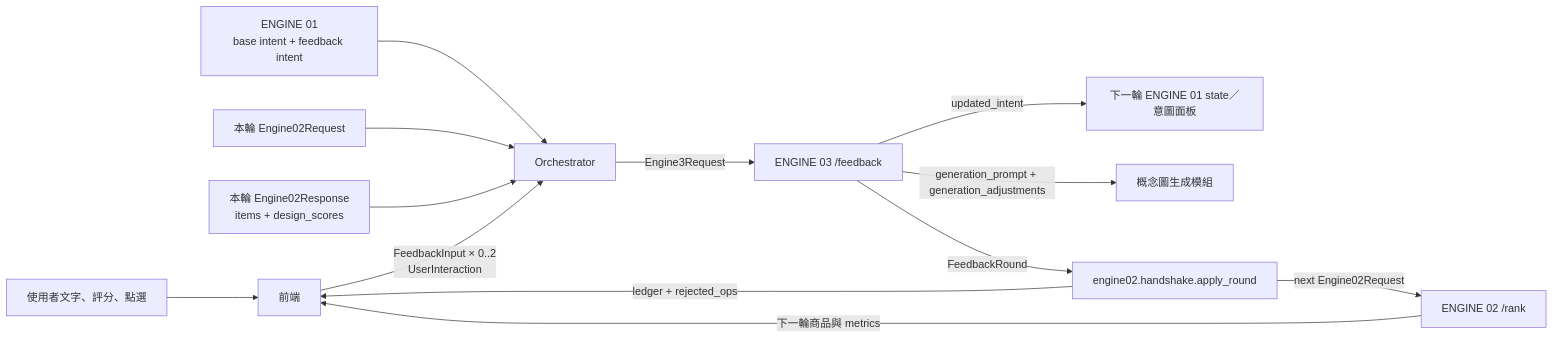
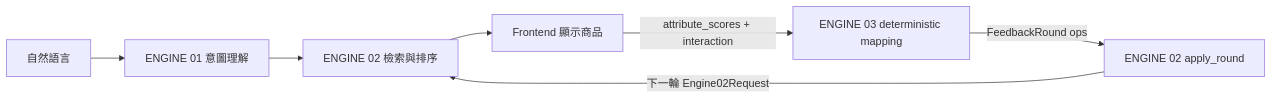
Before and after one commit to chrislaiisme/mchackathon2026: the diagram in backend/engine03_feedback/README.md, drawn with Mermaid. The commit also changed other lines of this file and 6 other files, not shown here.

Commit message:
feat: make engine3 feedback deterministic

````diff
--- a/backend/engine03_feedback/README.md
+++ b/backend/engine03_feedback/README.md
@@ -7,15 +7,8 @@
 ```mermaid
 flowchart LR
-    U[使用者文字、評分、點選] --> FE[前端]
-    E1[ENGINE 01<br/>base intent + feedback intent] --> ORCH[Orchestrator]
-    E2R[本輪 Engine02Request] --> ORCH
-    E2O[本輪 Engine02Response<br/>items + design_scores] --> ORCH
-    FE -->|FeedbackInput × 0..2<br/>UserInteraction| ORCH
-    ORCH -->|Engine3Request| E3[ENGINE 03 /feedback]
-    E3 -->|updated_intent| E1S[下一輪 ENGINE 01 state／意圖面板]
-    E3 -->|generation_prompt + generation_adjustments| GEN[概念圖生成模組]
-    E3 -->|FeedbackRound| HS[engine02.handshake.apply_round]
-    HS -->|next Engine02Request| E2[ENGINE 02 /rank]
-    HS -->|ledger + rejected_ops| FE
-    E2 -->|下一輪商品與 metrics| FE
+    TEXT[自然語言] --> E1[ENGINE 01 意圖理解] --> E2[ENGINE 02 檢索與排序]
+    E2 --> FE[Frontend 顯示商品]
+    FE -->|attribute_scores + interaction| E3[ENGINE 03 deterministic mapping]
+    E3 -->|FeedbackRound ops| APPLY[ENGINE 02 apply_round]
+    APPLY -->|下一輪 Engine02Request| E2
 ```
````
